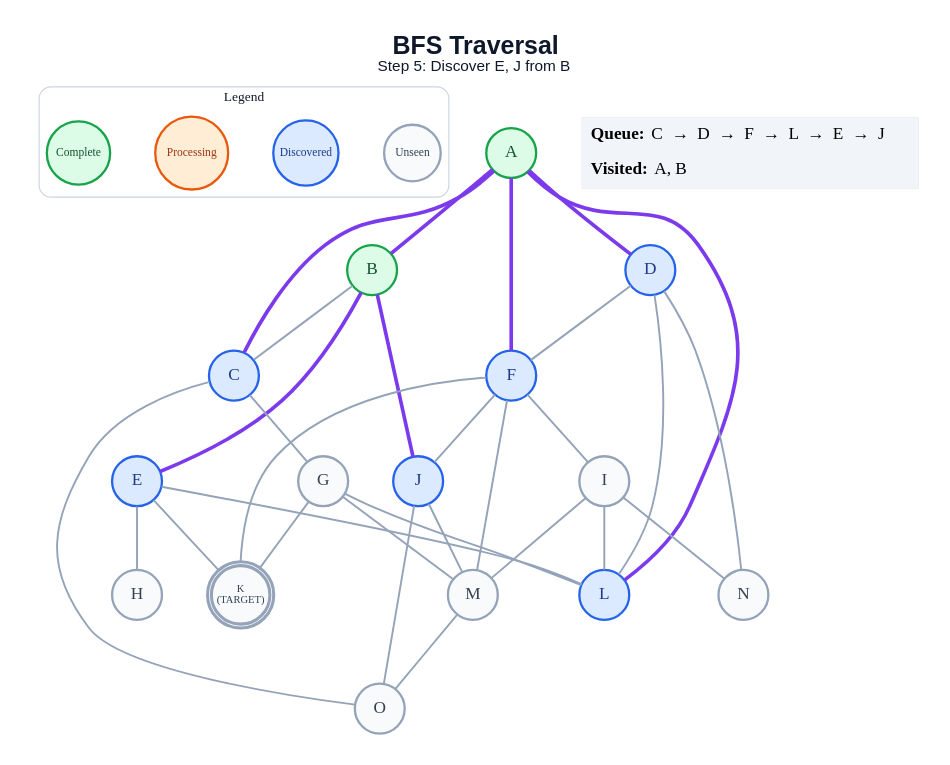
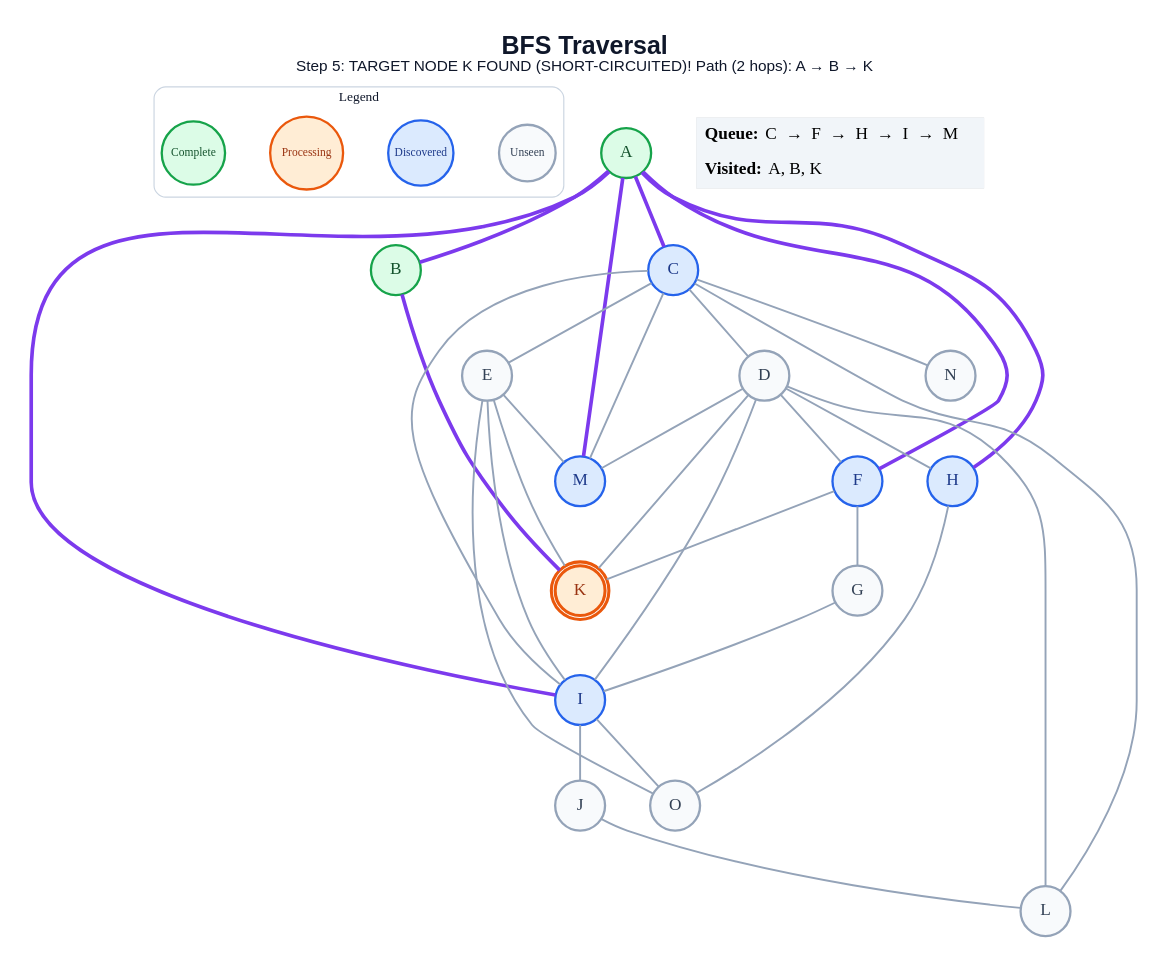
The diagram in generated/short-circuit/bfs/step_05.dot (anon7238593-create/ai-slop), drawn with Graphviz before and after one commit. The commit also changed 217 other files, not shown here.

```diff
--- a/generated/short-circuit/bfs/step_05.dot
+++ b/generated/short-circuit/bfs/step_05.dot
@@ -1,63 +1,64 @@
 graph traversal {
   graph [layout=dot, rankdir=TB, bgcolor="#FFFFFF", pad="0.35", nodesep="0.65", ranksep="0.8", fontname="Arial"];
   node [shape=circle, style="filled", fontname="Arial Bold", fontsize=18, width=0.72, fixedsize=true, penwidth=2.4];
   edge [color="#94A3B8", penwidth=2.0];
-  label=<<B>BFS Traversal</B><BR/><FONT POINT-SIZE="16">Step 5: Discover E, J from B</FONT>>; labelloc="t"; fontsize=26; fontname="Arial"; fontcolor="#0F172A";
+  label=<<B>BFS Traversal</B><BR/><FONT POINT-SIZE="16">Step 5: TARGET NODE K FOUND (SHORT-CIRCUITED)! Path (2 hops): A → B → K</FONT>>; labelloc="t"; fontsize=26; fontname="Arial"; fontcolor="#0F172A";
   subgraph cluster_legend { label="Legend"; color="#CBD5E1"; penwidth=1.2; style="rounded"; fontsize=14; fontname="Arial Bold";
     key_unseen [label="Unseen", fillcolor="#F8FAFC", color="#94A3B8", fontcolor="#334155", fontsize=12, width=0.82];
     key_frontier [label="Discovered", fillcolor="#DBEAFE", color="#2563EB", fontcolor="#1E3A8A", fontsize=12, width=0.95];
     key_current [label="Processing", fillcolor="#FFEDD5", color="#EA580C", fontcolor="#9A3412", fontsize=12, width=1.05];
     key_done [label="Complete", fillcolor="#DCFCE7", color="#16A34A", fontcolor="#14532D", fontsize=12, width=0.92];
     { rank=same; key_unseen; key_frontier; key_current; key_done; }
   }
   A [label="A", fillcolor="#DCFCE7", color="#16A34A", fontcolor="#14532D", peripheries=1, penwidth=2.4];
   B [label="B", fillcolor="#DCFCE7", color="#16A34A", fontcolor="#14532D", peripheries=1, penwidth=2.4];
   C [label="C", fillcolor="#DBEAFE", color="#2563EB", fontcolor="#1E3A8A", peripheries=1, penwidth=2.4];
-  D [label="D", fillcolor="#DBEAFE", color="#2563EB", fontcolor="#1E3A8A", peripheries=1, penwidth=2.4];
-  E [label="E", fillcolor="#DBEAFE", color="#2563EB", fontcolor="#1E3A8A", peripheries=1, penwidth=2.4];
+  D [label="D", fillcolor="#F8FAFC", color="#94A3B8", fontcolor="#334155", peripheries=1, penwidth=2.4];
+  E [label="E", fillcolor="#F8FAFC", color="#94A3B8", fontcolor="#334155", peripheries=1, penwidth=2.4];
   F [label="F", fillcolor="#DBEAFE", color="#2563EB", fontcolor="#1E3A8A", peripheries=1, penwidth=2.4];
   G [label="G", fillcolor="#F8FAFC", color="#94A3B8", fontcolor="#334155", peripheries=1, penwidth=2.4];
-  H [label="H", fillcolor="#F8FAFC", color="#94A3B8", fontcolor="#334155", peripheries=1, penwidth=2.4];
-  I [label="I", fillcolor="#F8FAFC", color="#94A3B8", fontcolor="#334155", peripheries=1, penwidth=2.4];
-  J [label="J", fillcolor="#DBEAFE", color="#2563EB", fontcolor="#1E3A8A", peripheries=1, penwidth=2.4];
-  K [label="K\n(TARGET)", fillcolor="#F8FAFC", color="#94A3B8", fontcolor="#334155", peripheries=2, penwidth=3.2, fontsize=11, width=0.85, height=0.85];
-  L [label="L", fillcolor="#DBEAFE", color="#2563EB", fontcolor="#1E3A8A", peripheries=1, penwidth=2.4];
-  M [label="M", fillcolor="#F8FAFC", color="#94A3B8", fontcolor="#334155", peripheries=1, penwidth=2.4];
+  H [label="H", fillcolor="#DBEAFE", color="#2563EB", fontcolor="#1E3A8A", peripheries=1, penwidth=2.4];
+  I [label="I", fillcolor="#DBEAFE", color="#2563EB", fontcolor="#1E3A8A", peripheries=1, penwidth=2.4];
+  J [label="J", fillcolor="#F8FAFC", color="#94A3B8", fontcolor="#334155", peripheries=1, penwidth=2.4];
+  K [label="K", fillcolor="#FFEDD5", color="#EA580C", fontcolor="#9A3412", peripheries=2, penwidth=3.2];
+  L [label="L", fillcolor="#F8FAFC", color="#94A3B8", fontcolor="#334155", peripheries=1, penwidth=2.4];
+  M [label="M", fillcolor="#DBEAFE", color="#2563EB", fontcolor="#1E3A8A", peripheries=1, penwidth=2.4];
   N [label="N", fillcolor="#F8FAFC", color="#94A3B8", fontcolor="#334155", peripheries=1, penwidth=2.4];
   O [label="O", fillcolor="#F8FAFC", color="#94A3B8", fontcolor="#334155", peripheries=1, penwidth=2.4];
   A -- B [color="#7C3AED", penwidth=3.8];
   A -- C [color="#7C3AED", penwidth=3.8];
-  A -- D [color="#7C3AED", penwidth=3.8];
   A -- F [color="#7C3AED", penwidth=3.8];
-  A -- L [color="#7C3AED", penwidth=3.8];
-  B -- C;
-  B -- E [color="#7C3AED", penwidth=3.8];
-  B -- J [color="#7C3AED", penwidth=3.8];
-  C -- G;
-  C -- O;
+  A -- H [color="#7C3AED", penwidth=3.8];
+  A -- I [color="#7C3AED", penwidth=3.8];
+  A -- M [color="#7C3AED", penwidth=3.8];
+  B -- K [color="#7C3AED", penwidth=3.8];
+  C -- D;
+  C -- E;
+  C -- I;
+  C -- L;
+  C -- M;
+  C -- N;
   D -- F;
+  D -- H;
+  D -- I;
+  D -- K;
   D -- L;
-  D -- N;
-  E -- H;
+  D -- M;
+  E -- I;
   E -- K;
-  E -- L;
-  F -- I;
-  F -- J;
+  E -- M;
+  E -- O;
+  F -- G;
   F -- K;
-  F -- M;
-  G -- K;
-  G -- L;
-  G -- M;
-  I -- L;
-  I -- M;
-  I -- N;
-  J -- M;
-  J -- O;
-  M -- O;
+  G -- I;
+  H -- O;
+  I -- J;
+  I -- O;
+  J -- L;
   status [shape=plain, fixedsize=false, width=0, height=0, margin=0, label=<
     <TABLE BORDER="0" CELLBORDER="0" CELLPADDING="7" BGCOLOR="#F1F5F9">
-      <TR><TD ALIGN="LEFT"><B>Queue:</B> C  →  D  →  F  →  L  →  E  →  J</TD></TR>
-      <TR><TD ALIGN="LEFT"><B>Visited:</B> A, B</TD></TR>
+      <TR><TD ALIGN="LEFT"><B>Queue:</B> C  →  F  →  H  →  I  →  M</TD></TR>
+      <TR><TD ALIGN="LEFT"><B>Visited:</B> A, B, K</TD></TR>
     </TABLE>
   >];
 }
```
